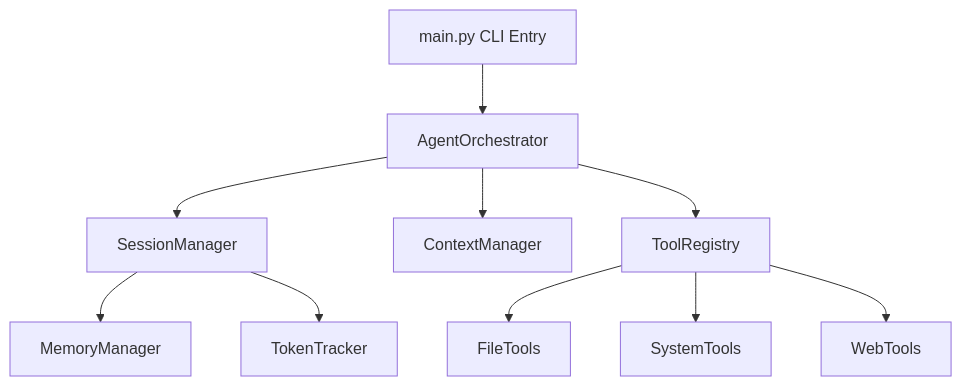
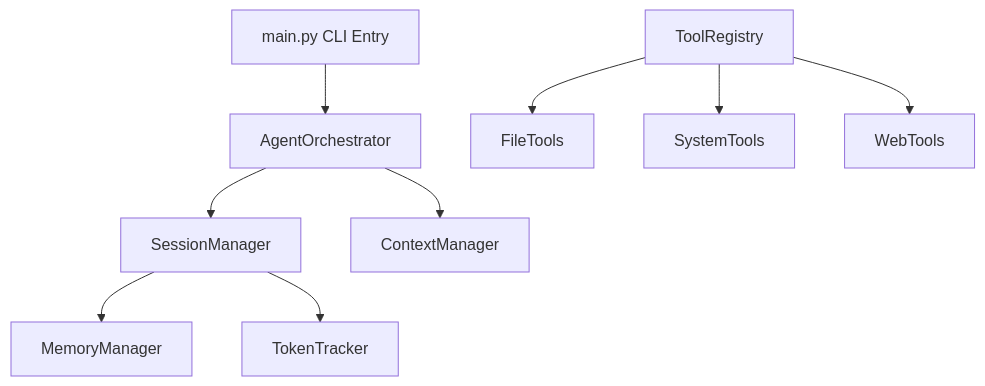
The diagram in ROADMAP.md (julesklord/askgem.py), drawn with Mermaid before and after one commit. The commit also changed other lines of this file and 12 other files, not shown here.

````diff
--- a/ROADMAP.md
+++ b/ROADMAP.md
@@ -30,12 +30,12 @@
 ```mermaid
 graph TD
     A[main.py CLI Entry] --> B[AgentOrchestrator]
     B --> C[SessionManager]
     B --> D[ContextManager]
-    B --> E[ToolRegistry]
+    E[ToolRegistry]
     E --> F[FileTools]
     E --> G[SystemTools]
     E --> H[WebTools]
     C --> I[MemoryManager]
     C --> J[TokenTracker]
 ```
````
